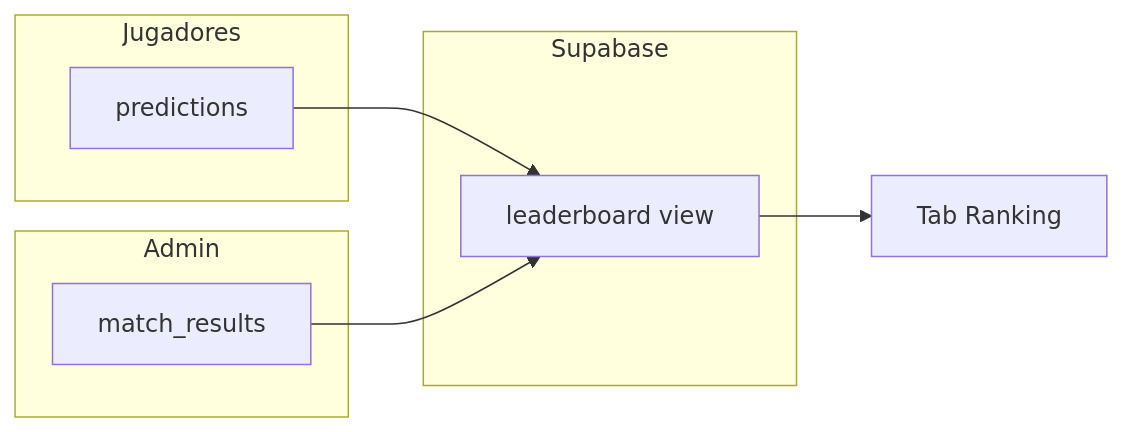
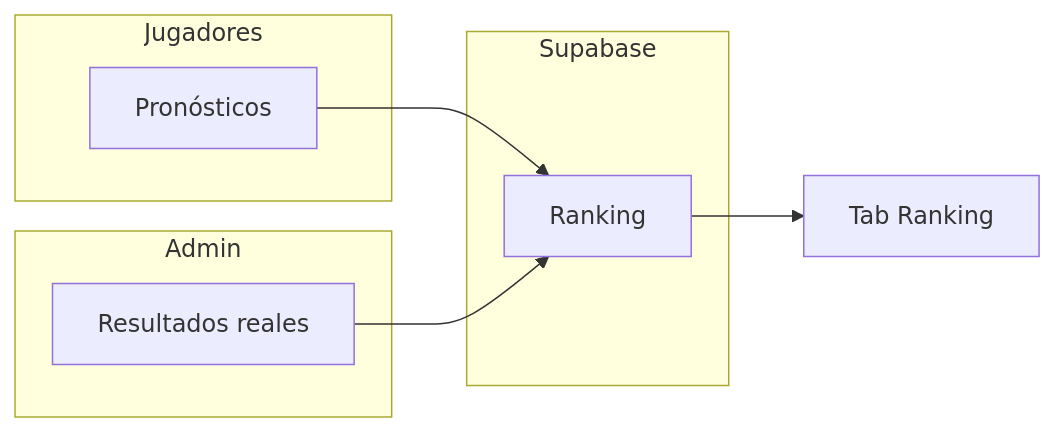
One commit to imansilladerqui/prode changed the diagram in README.md. Above: the diagram before and after it, drawn with Mermaid. The commit also changed other lines of this file and 1 other file, not shown here.

````diff
--- a/README.md
+++ b/README.md
@@ -16,15 +24,15 @@
 ```mermaid
 flowchart LR
   subgraph users [Jugadores]
-    P[predictions]
+    P[Pronósticos]
   end
   subgraph admin [Admin]
-    R[match_results]
+    R[Resultados reales]
   end
   subgraph db [Supabase]
-    V[leaderboard view]
+    V[Ranking]
   end
   P --> V
   R --> V
   V --> UI[Tab Ranking]
 ```
````
